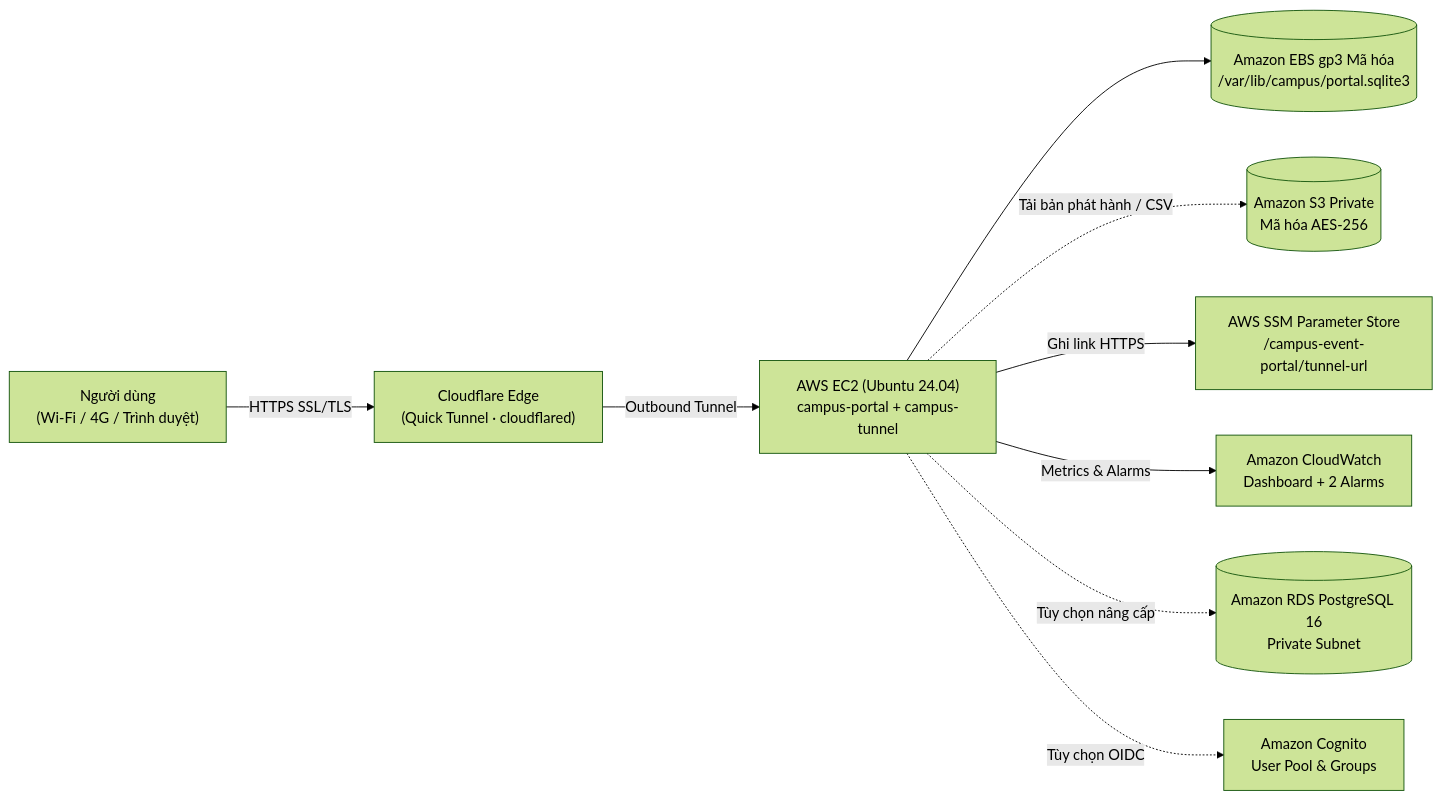
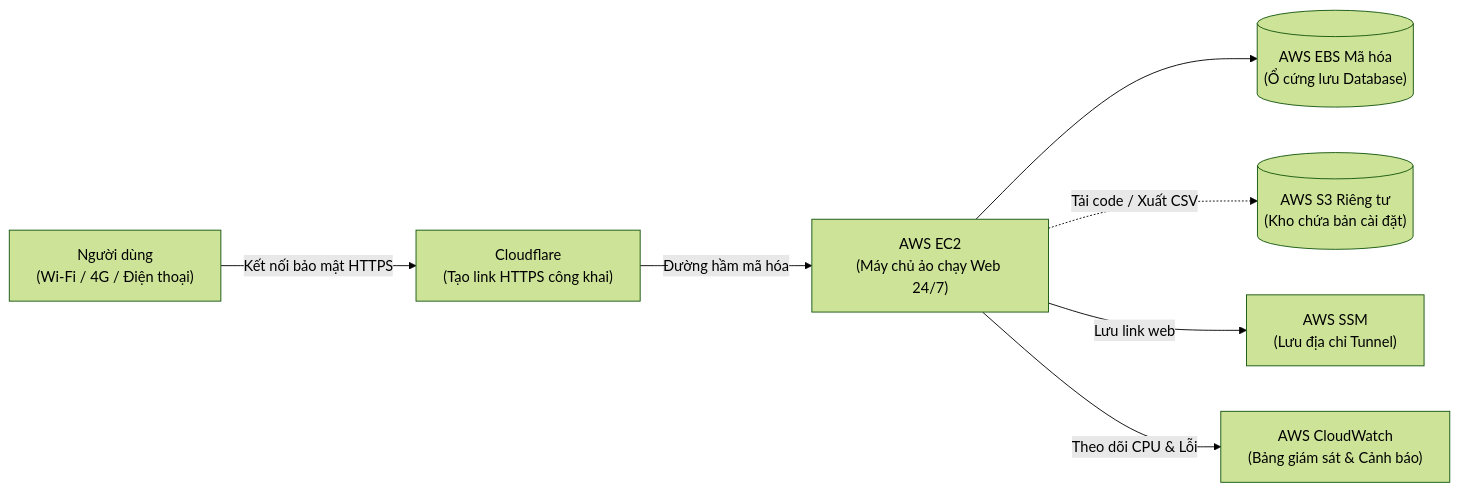
One commit to dacata1901/portal changed the diagram in README.md. Above: the diagram before and after it, drawn with Mermaid (forest theme). The commit also changed other lines of this file, not shown here.

````diff
--- a/README.md
+++ b/README.md
@@ -71,11 +72,9 @@
 ```mermaid
 flowchart LR
-    U["Người dùng<br/>(Wi-Fi / 4G / Trình duyệt)"] -->|HTTPS SSL/TLS| CF["Cloudflare Edge<br/>(Quick Tunnel · cloudflared)"]
-    CF -->|Outbound Tunnel| EC2["AWS EC2 (Ubuntu 24.04)<br/>campus-portal + campus-tunnel"]
-    EC2 --> EBS[("Amazon EBS gp3 Mã hóa<br/>/var/lib/campus/portal.sqlite3")]
-    EC2 -.->|Tải bản phát hành / CSV| S3[("Amazon S3 Private<br/>Mã hóa AES-256")]
-    EC2 -->|Ghi link HTTPS| SSM["AWS SSM Parameter Store<br/>/campus-event-portal/tunnel-url"]
-    EC2 -->|Metrics & Alarms| CW["Amazon CloudWatch<br/>Dashboard + 2 Alarms"]
-    EC2 -.->|Tùy chọn nâng cấp| RDS[("Amazon RDS PostgreSQL 16<br/>Private Subnet")]
-    EC2 -.->|Tùy chọn OIDC| COG["Amazon Cognito<br/>User Pool & Groups"]
+    U["Người dùng<br/>(Wi-Fi / 4G / Điện thoại)"] -->|Kết nối bảo mật HTTPS| CF["Cloudflare<br/>(Tạo link HTTPS công khai)"]
+    CF -->|Đường hầm mã hóa| EC2["AWS EC2<br/>(Máy chủ ảo chạy Web 24/7)"]
+    EC2 --> EBS[("AWS EBS Mã hóa<br/>(Ổ cứng lưu Database)")]
+    EC2 -.->|Tải code / Xuất CSV| S3[("AWS S3 Riêng tư<br/>(Kho chứa bản cài đặt)")]
+    EC2 -->|Lưu link web| SSM["AWS SSM<br/>(Lưu địa chỉ Tunnel)"]
+    EC2 -->|Theo dõi CPU & Lỗi| CW["AWS CloudWatch<br/>(Bảng giám sát & Cảnh báo)"]
 ```
````
